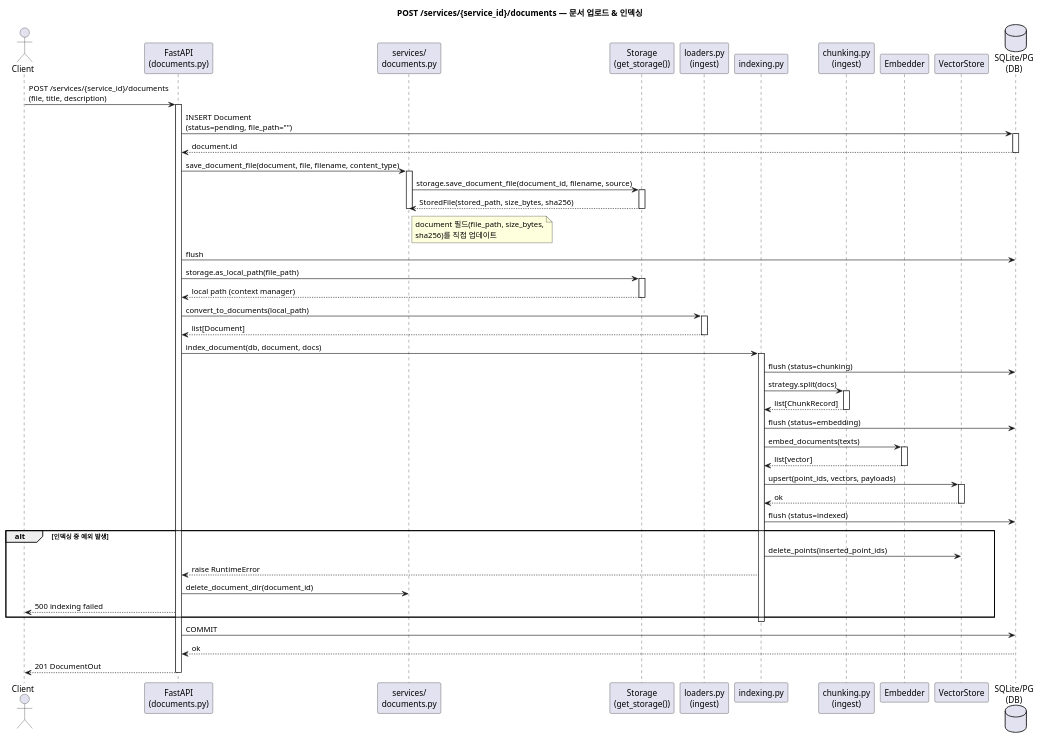
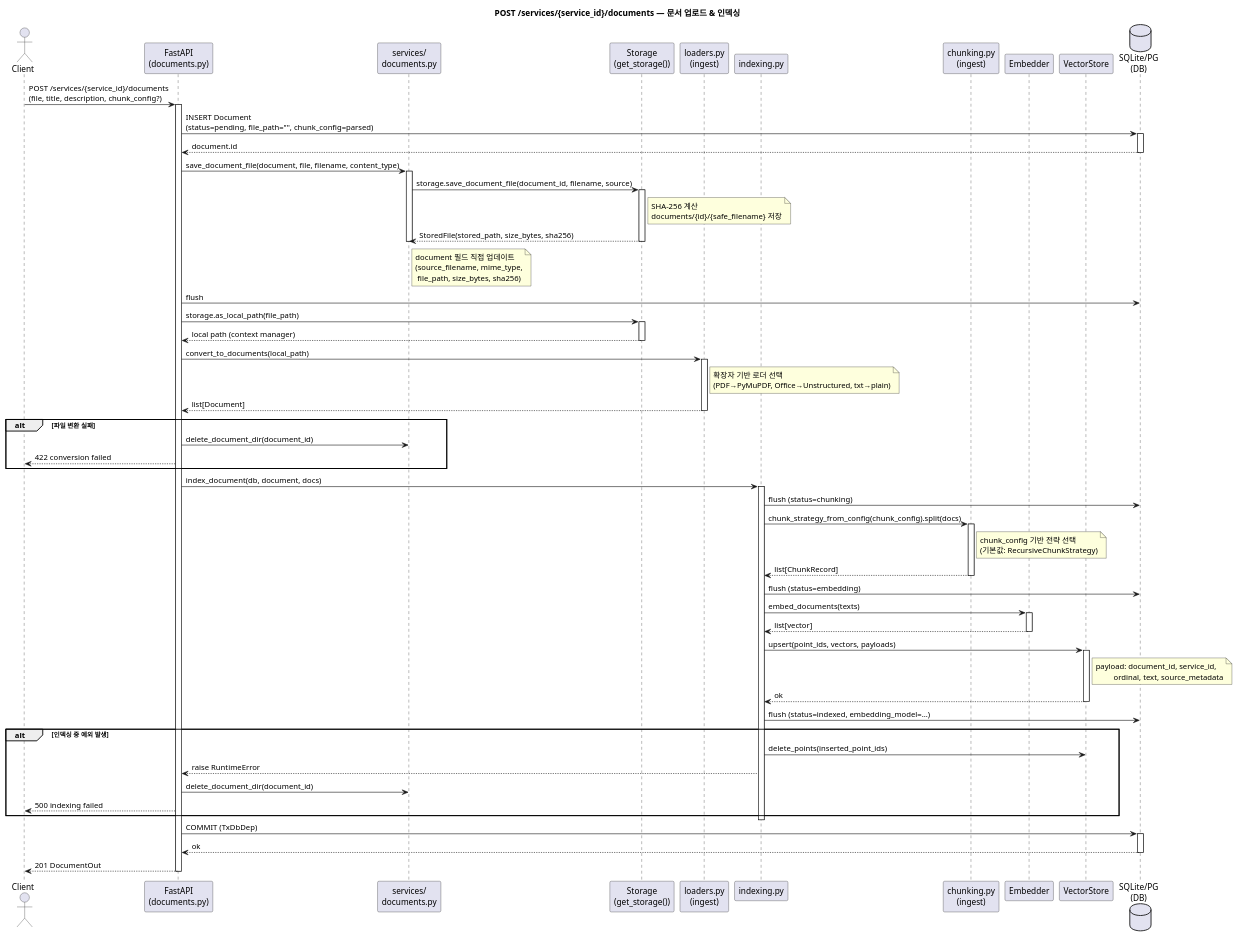
Before and after one commit to sigmoidx0/ragkit: the first of 5 diagrams in docs/diagrams/all.puml, drawn with PlantUML. The commit also changed other lines of this file and 36 other files, not shown here.

```diff
--- a/docs/diagrams/all.puml
+++ b/docs/diagrams/all.puml
@@ -1,85 +1,112 @@
 @startuml Document Create
 
 title POST /services/{service_id}/documents — 문서 업로드 & 인덱싱
 
 actor Client
 participant "FastAPI\n(documents.py)" as API
 participant "services/\ndocuments.py" as SVC
 participant "Storage\n(get_storage())" as FS
 participant "loaders.py\n(ingest)" as LDR
 participant "indexing.py" as IDX
 participant "chunking.py\n(ingest)" as ING
 participant "Embedder" as EMB
 participant "VectorStore" as QD
 database "SQLite/PG\n(DB)" as DB
 
-Client -> API : POST /services/{service_id}/documents\n(file, title, description)
+Client -> API : POST /services/{service_id}/documents\n(file, title, description, chunk_config?)
 activate API
 
-API -> DB : INSERT Document\n(status=pending, file_path="")
+API -> DB : INSERT Document\n(status=pending, file_path="", chunk_config=parsed)
 activate DB
 DB --> API : document.id
 deactivate DB
 
 API -> SVC : save_document_file(document, file, filename, content_type)
 activate SVC
 SVC -> FS : storage.save_document_file(document_id, filename, source)
 activate FS
+note right of FS
+  SHA-256 계산
+  documents/{id}/{safe_filename} 저장
+end note
 FS --> SVC : StoredFile(stored_path, size_bytes, sha256)
 deactivate FS
-note right of SVC : document 필드(file_path, size_bytes,\nsha256)를 직접 업데이트
+note right of SVC
+  document 필드 직접 업데이트
+  (source_filename, mime_type,
+   file_path, size_bytes, sha256)
+end note
 deactivate SVC
 
 API -> DB : flush
 
 API -> FS : storage.as_local_path(file_path)
 activate FS
 FS --> API : local path (context manager)
 deactivate FS
 
 API -> LDR : convert_to_documents(local_path)
 activate LDR
+note right of LDR
+  확장자 기반 로더 선택
+  (PDF→PyMuPDF, Office→Unstructured, txt→plain)
+end note
 LDR --> API : list[Document]
 deactivate LDR
+
+alt 파일 변환 실패
+  API -> SVC : delete_document_dir(document_id)
+  API --> Client : 422 conversion failed
+end
 
 API -> IDX : index_document(db, document, docs)
 activate IDX
 
 IDX -> DB : flush (status=chunking)
 
-IDX -> ING : strategy.split(docs)
+IDX -> ING : chunk_strategy_from_config(chunk_config).split(docs)
 activate ING
+note right of ING
+  chunk_config 기반 전략 선택
+  (기본값: RecursiveChunkStrategy)
+end note
 ING --> IDX : list[ChunkRecord]
 deactivate ING
 
 IDX -> DB : flush (status=embedding)
 
 IDX -> EMB : embed_documents(texts)
 activate EMB
 EMB --> IDX : list[vector]
 deactivate EMB
 
 IDX -> QD : upsert(point_ids, vectors, payloads)
 activate QD
+note right of QD
+  payload: document_id, service_id,
+           ordinal, text, source_metadata
+end note
 QD --> IDX : ok
 deactivate QD
 
-IDX -> DB : flush (status=indexed)
+IDX -> DB : flush (status=indexed, embedding_model=...)
 
 alt 인덱싱 중 예외 발생
   IDX -> QD : delete_points(inserted_point_ids)
   IDX --> API : raise RuntimeError
   API -> SVC : delete_document_dir(document_id)
   API --> Client : 500 indexing failed
 end
 
 deactivate IDX
 
-API -> DB : COMMIT
+API -> DB : COMMIT (TxDbDep)
+activate DB
 DB --> API : ok
+deactivate DB
 
 API --> Client : 201 DocumentOut
 
 deactivate API
 
 @enduml
```
